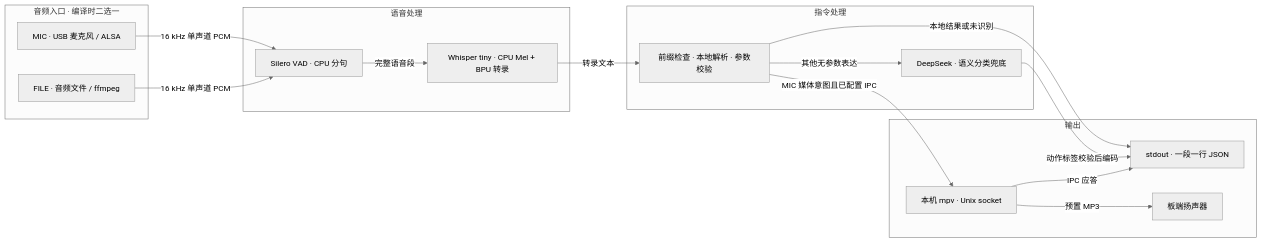
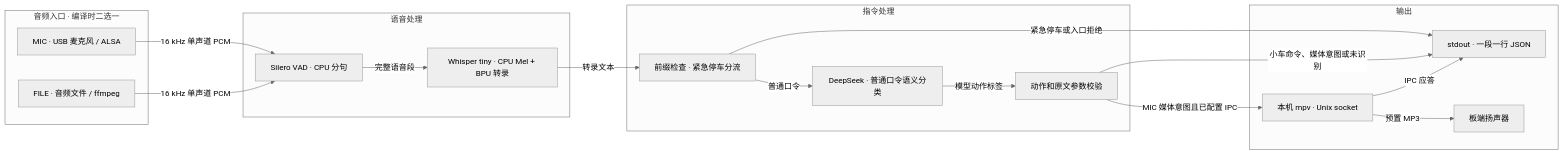
Before and after one commit to hhlqwq/models_deploy: the first of 3 diagrams in demo/smart_car/voice_control/docs/flow.md, drawn with Mermaid (neutral theme). The commit also changed other lines of this file and 5 other files, not shown here.

````diff
--- a/demo/smart_car/voice_control/docs/flow.md
+++ b/demo/smart_car/voice_control/docs/flow.md
@@ -13,31 +13,33 @@
 ```mermaid
 flowchart LR
     subgraph Inputs["音频入口 · 编译时二选一"]
         Mic["MIC · USB 麦克风 / ALSA"]
         File["FILE · 音频文件 / ffmpeg"]
     end
     subgraph Speech["语音处理"]
         Vad["Silero VAD · CPU 分句"]
         Asr["Whisper tiny · CPU Mel + BPU 转录"]
     end
     subgraph Decision["指令处理"]
-        Parse["前缀检查 · 本地解析 · 参数校验"]
-        Llm["DeepSeek · 语义分类兜底"]
+        Gate["前缀检查 · 紧急停车分流"]
+        Validate["动作和原文参数校验"]
+        Llm["DeepSeek · 普通口令语义分类"]
     end
     subgraph Outputs["输出"]
         Json["stdout · 一段一行 JSON"]
         Player["本机 mpv · Unix socket"]
         Speaker["板端扬声器"]
     end
 
     Mic -->|"16 kHz 单声道 PCM"| Vad
     File -->|"16 kHz 单声道 PCM"| Vad
     Vad -->|"完整语音段"| Asr
-    Asr -->|"转录文本"| Parse
-    Parse -->|"其他无参数表达"| Llm
-    Parse -->|"本地结果或未识别"| Json
-    Llm -->|"动作标签校验后编码"| Json
-    Parse -->|"MIC 媒体意图且已配置 IPC"| Player
+    Asr -->|"转录文本"| Gate
+    Gate -->|"普通口令"| Llm
+    Gate -->|"紧急停车或入口拒绝"| Json
+    Llm -->|"模型动作标签"| Validate
+    Validate -->|"小车命令、媒体意图或未识别"| Json
+    Validate -->|"MIC 媒体意图且已配置 IPC"| Player
     Player -->|"IPC 应答"| Json
     Player -->|"预置 MP3"| Speaker
 ```
````
